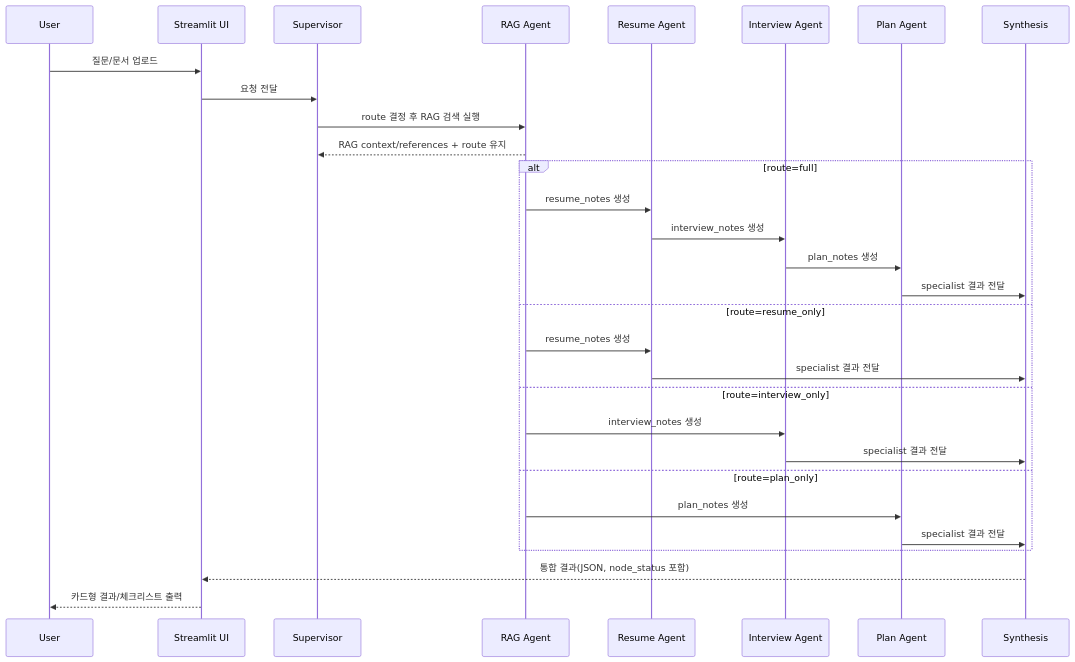
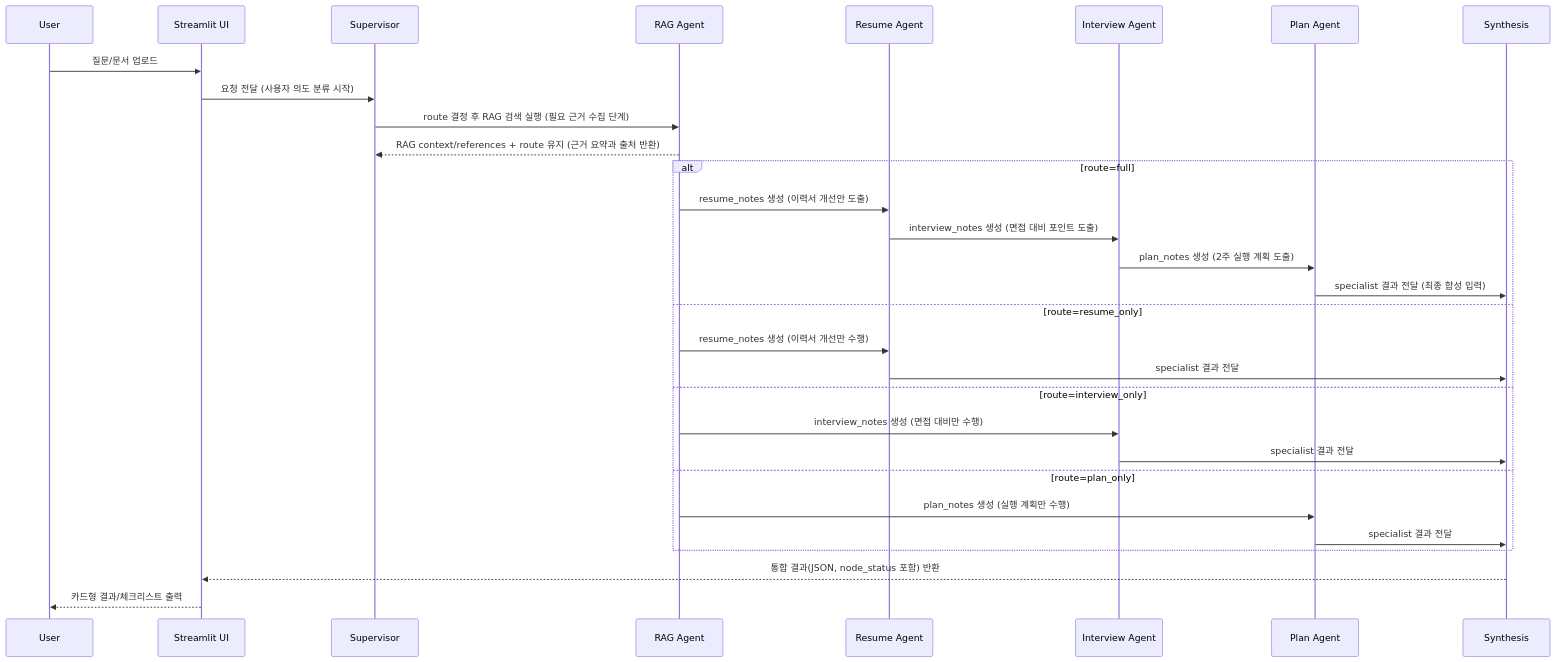
Before and after one commit to skax-hisover/AI-BootCamp: the second of 2 diagrams in docs/step2_planning_design.md, drawn with Mermaid. The commit also changed other lines of this file and 2 other files, not shown here.

Commit message:
시스템 구성도, 시퀀스 다이어그램 업데이트 반영

````diff
--- a/docs/step2_planning_design.md
+++ b/docs/step2_planning_design.md
@@ -269,33 +269,33 @@
 ```mermaid
 sequenceDiagram
     participant User
     participant UI as Streamlit UI
     participant Sup as Supervisor
     participant Rag as RAG Agent
     participant Res as Resume Agent
     participant Int as Interview Agent
     participant Plan as Plan Agent
     participant Syn as Synthesis
 
     User->>UI: 질문/문서 업로드
-    UI->>Sup: 요청 전달
-    Sup->>Rag: route 결정 후 RAG 검색 실행
-    Rag-->>Sup: RAG context/references + route 유지
+    UI->>Sup: 요청 전달 (사용자 의도 분류 시작)
+    Sup->>Rag: route 결정 후 RAG 검색 실행 (필요 근거 수집 단계)
+    Rag-->>Sup: RAG context/references + route 유지 (근거 요약과 출처 반환)
     alt route=full
-        Rag->>Res: resume_notes 생성
-        Res->>Int: interview_notes 생성
-        Int->>Plan: plan_notes 생성
-        Plan->>Syn: specialist 결과 전달
+        Rag->>Res: resume_notes 생성 (이력서 개선안 도출)
+        Res->>Int: interview_notes 생성 (면접 대비 포인트 도출)
+        Int->>Plan: plan_notes 생성 (2주 실행 계획 도출)
+        Plan->>Syn: specialist 결과 전달 (최종 합성 입력)
     else route=resume_only
-        Rag->>Res: resume_notes 생성
+        Rag->>Res: resume_notes 생성 (이력서 개선만 수행)
         Res->>Syn: specialist 결과 전달
     else route=interview_only
-        Rag->>Int: interview_notes 생성
+        Rag->>Int: interview_notes 생성 (면접 대비만 수행)
         Int->>Syn: specialist 결과 전달
     else route=plan_only
-        Rag->>Plan: plan_notes 생성
+        Rag->>Plan: plan_notes 생성 (실행 계획만 수행)
         Plan->>Syn: specialist 결과 전달
     end
-    Syn-->>UI: 통합 결과(JSON, node_status 포함)
+    Syn-->>UI: 통합 결과(JSON, node_status 포함) 반환
     UI-->>User: 카드형 결과/체크리스트 출력
 ```
````
